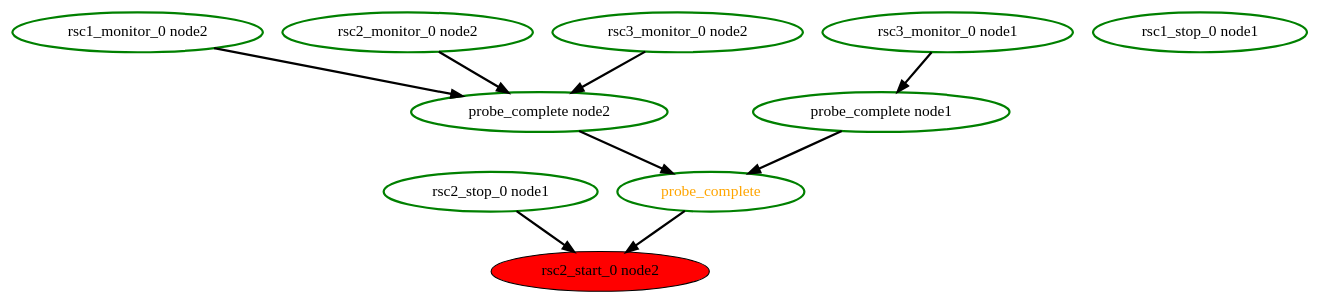
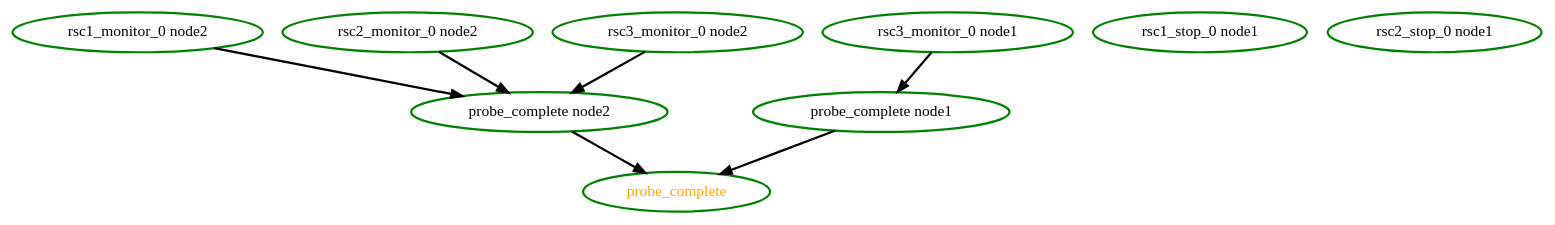
One commit to richiewen8/heartbeat changed the diagram in crm/pengine/testcases/quorum-3.dot. Above: the diagram before and after it, drawn with Graphviz. The commit also changed 7 other files, not shown here.

Commit message:
PE: Re-use StartRsc/StopRsc for consistancy

```diff
--- a/crm/pengine/testcases/quorum-3.dot
+++ b/crm/pengine/testcases/quorum-3.dot
@@ -1,20 +1,17 @@
  digraph "g" {
 "probe_complete node1" -> "probe_complete" [ style = bold]
 "probe_complete node1" [ style=bold color="green" fontcolor="black" ]
 "probe_complete node2" -> "probe_complete" [ style = bold]
 "probe_complete node2" [ style=bold color="green" fontcolor="black" ]
-"probe_complete" -> "rsc2_start_0 node2" [ style = bold]
 "probe_complete" [ style=bold color="green" fontcolor="orange" ]
 "rsc1_monitor_0 node2" -> "probe_complete node2" [ style = bold]
 "rsc1_monitor_0 node2" [ style=bold color="green" fontcolor="black" ]
 "rsc1_stop_0 node1" [ style=bold color="green" fontcolor="black" ]
 "rsc2_monitor_0 node2" -> "probe_complete node2" [ style = bold]
 "rsc2_monitor_0 node2" [ style=bold color="green" fontcolor="black" ]
-"rsc2_start_0 node2" [ style=filled color="black" fontcolor="black"  fillcolor=red]
-"rsc2_stop_0 node1" -> "rsc2_start_0 node2" [ style = bold]
 "rsc2_stop_0 node1" [ style=bold color="green" fontcolor="black" ]
 "rsc3_monitor_0 node1" -> "probe_complete node1" [ style = bold]
 "rsc3_monitor_0 node1" [ style=bold color="green" fontcolor="black" ]
 "rsc3_monitor_0 node2" -> "probe_complete node2" [ style = bold]
 "rsc3_monitor_0 node2" [ style=bold color="green" fontcolor="black" ]
 }
```
